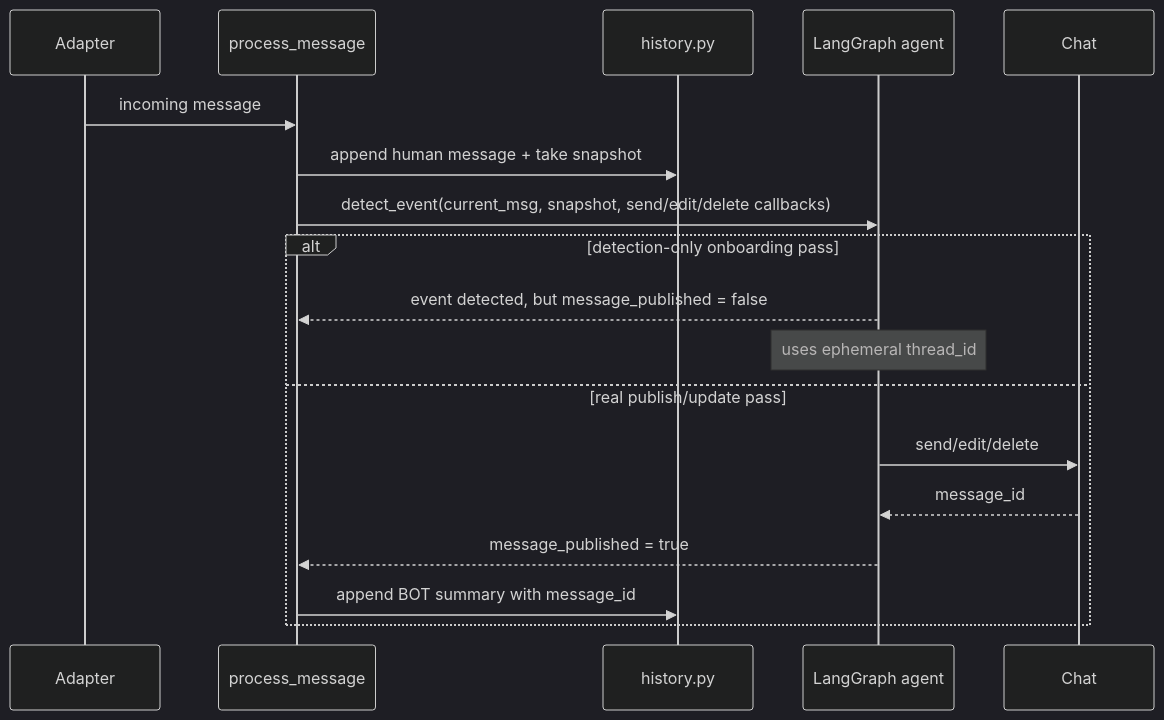
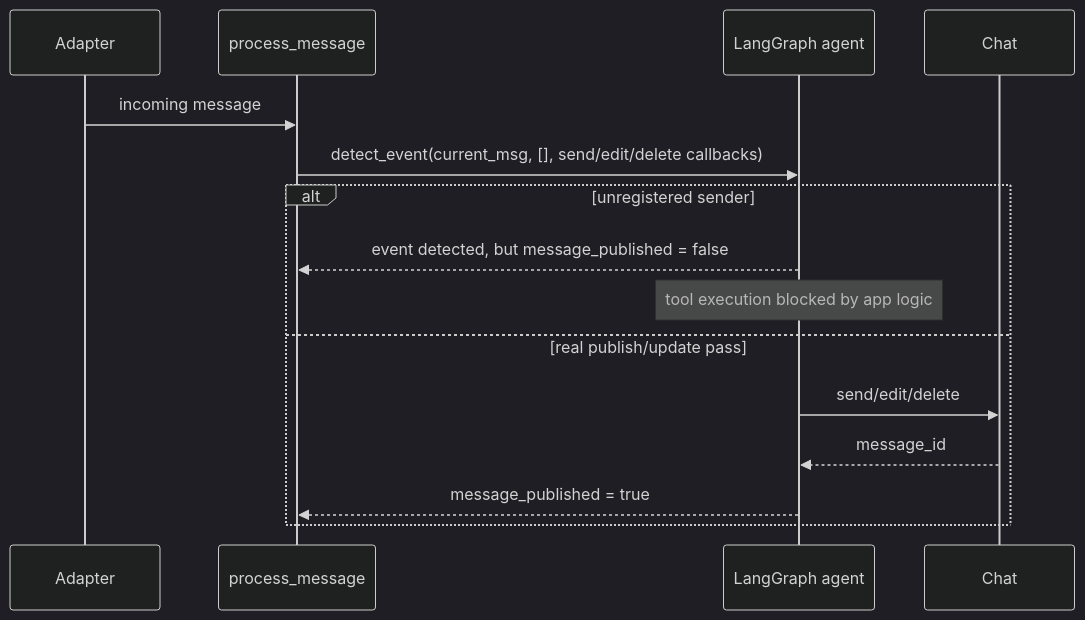
Before and after one commit to antlbn/Timezone_bot: the diagram in journal/17_llm_memory_model.md, drawn with Mermaid (dark theme). The commit also changed other lines of this file and 22 other files, not shown here.

First line of the commit message:
Refactor LLM memory model and event detection architecture

````diff
--- a/journal/17_llm_memory_model.md
+++ b/journal/17_llm_memory_model.md
@@ -162,22 +138,19 @@
 ```mermaid
 sequenceDiagram
     participant Adapter
     participant Orchestrator as process_message
-    participant History as history.py
     participant Agent as LangGraph agent
     participant Chat
 
     Adapter->>Orchestrator: incoming message
-    Orchestrator->>History: append human message + take snapshot
-    Orchestrator->>Agent: detect_event(current_msg, snapshot, send/edit/delete callbacks)
+    Orchestrator->>Agent: detect_event(current_msg, [], send/edit/delete callbacks)
 
-    alt detection-only onboarding pass
+    alt unregistered sender
         Agent-->>Orchestrator: event detected, but message_published = false
-        Note over Agent: uses ephemeral thread_id
+        Note over Agent: tool execution blocked by app logic
     else real publish/update pass
         Agent->>Chat: send/edit/delete
         Chat-->>Agent: message_id
         Agent-->>Orchestrator: message_published = true
-        Orchestrator->>History: append BOT summary with message_id
     end
 ```
````
